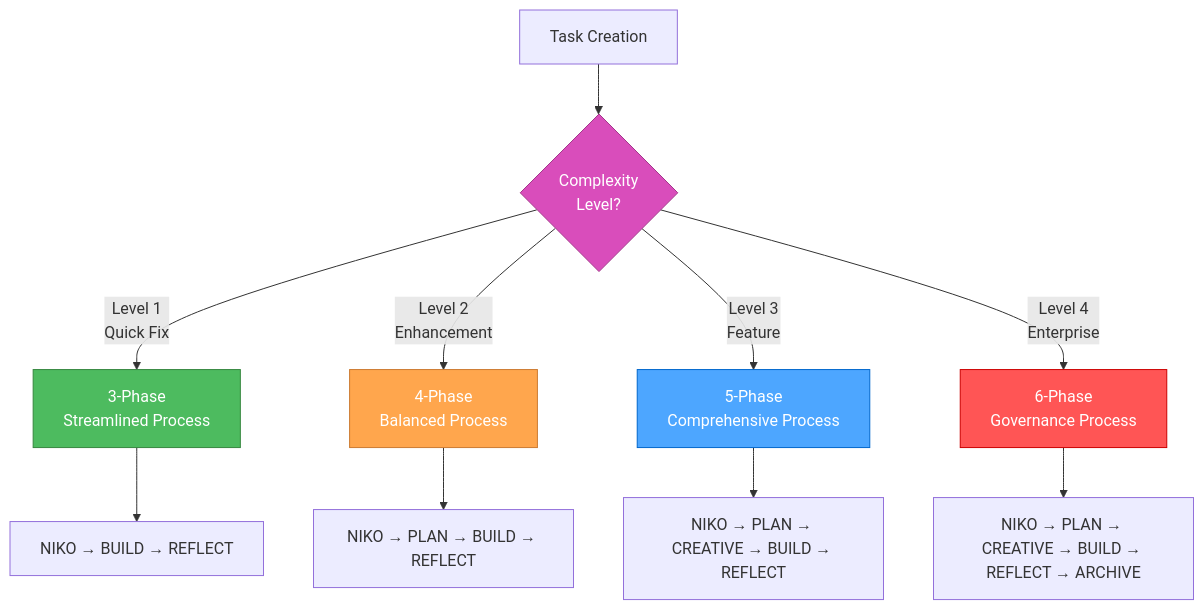
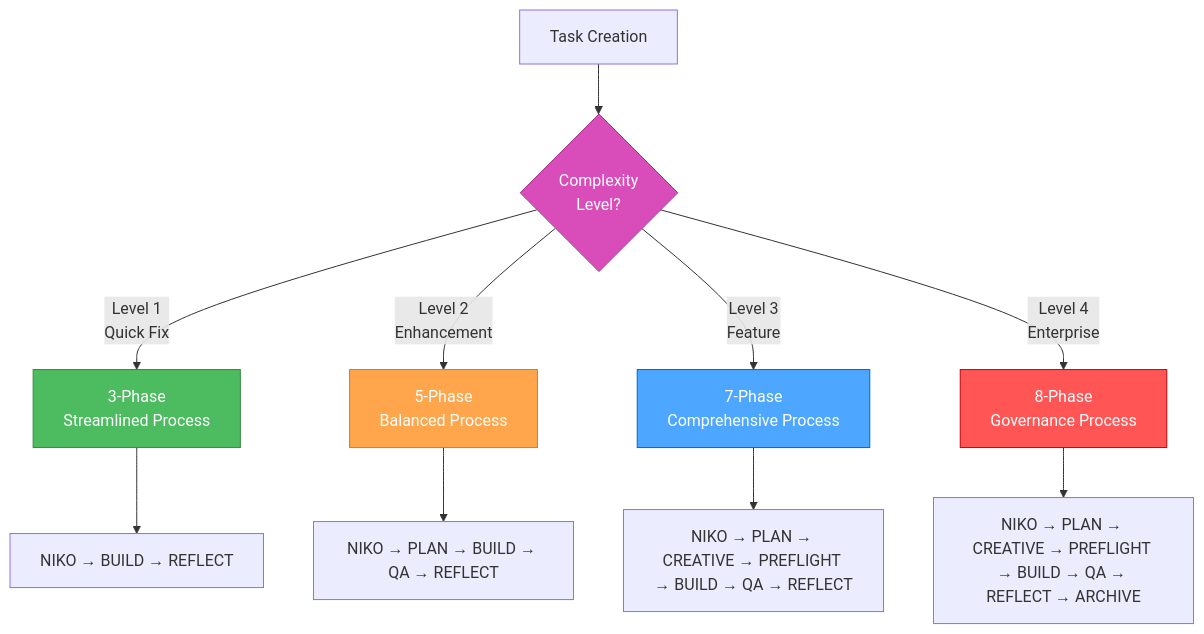
The second of 6 diagrams in rulesets/niko/niko/main.mdc (Texarkanine/.cursor-rules), drawn with Mermaid before and after one commit. The commit also changed other lines of this file and 22 other files, not shown here.

````diff
--- a/rulesets/niko/niko/main.mdc
+++ b/rulesets/niko/niko/main.mdc
@@ -53,20 +57,20 @@
 ```mermaid
 graph TD
     Task["Task Creation"] --> Complexity{"Complexity<br>Level?"}
     
     Complexity -->|"Level 1<br>Quick Fix"| L1["3-Phase<br>Streamlined Process"]
-    Complexity -->|"Level 2<br>Enhancement"| L2["4-Phase<br>Balanced Process"]
-    Complexity -->|"Level 3<br>Feature"| L3["5-Phase<br>Comprehensive Process"]
-    Complexity -->|"Level 4<br>Enterprise"| L4["6-Phase<br>Governance Process"]
-    
+    Complexity -->|"Level 2<br>Enhancement"| L2["5-Phase<br>Balanced Process"]
+    Complexity -->|"Level 3<br>Feature"| L3["7-Phase<br>Comprehensive Process"]
+    Complexity -->|"Level 4<br>Enterprise"| L4["8-Phase<br>Governance Process"]
+
     L1 --> L1_Process["NIKO → BUILD → REFLECT"]
-    L2 --> L2_Process["NIKO → PLAN → BUILD → REFLECT"]
-    L3 --> L3_Process["NIKO → PLAN → CREATIVE → BUILD → REFLECT"]
-    L4 --> L4_Process["NIKO → PLAN → CREATIVE → BUILD → REFLECT → ARCHIVE"]
+    L2 --> L2_Process["NIKO → PLAN → BUILD → QA → REFLECT"]
+    L3 --> L3_Process["NIKO → PLAN → CREATIVE → PREFLIGHT → BUILD → QA → REFLECT"]
+    L4 --> L4_Process["NIKO → PLAN → CREATIVE → PREFLIGHT → BUILD → QA → REFLECT → ARCHIVE"]
     
     style Complexity fill:#d94dbb,stroke:#a3378a,color:white
     style L1 fill:#4dbb5f,stroke:#36873f,color:white
     style L2 fill:#ffa64d,stroke:#cc7a30,color:white
     style L3 fill:#4da6ff,stroke:#0066cc,color:white
     style L4 fill:#ff5555,stroke:#cc0000,color:white
 ```
````
